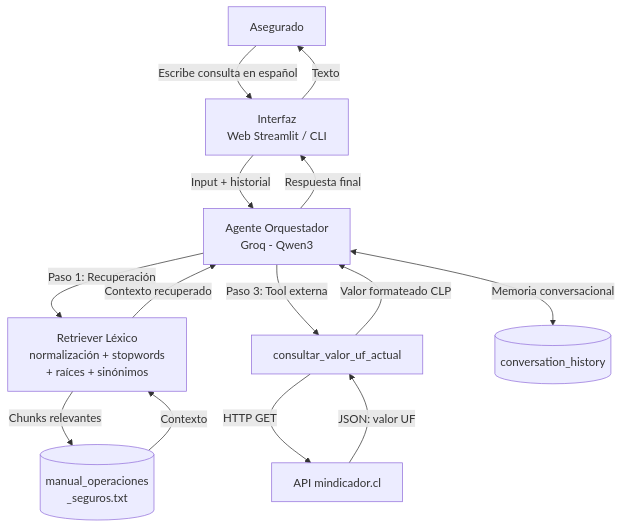
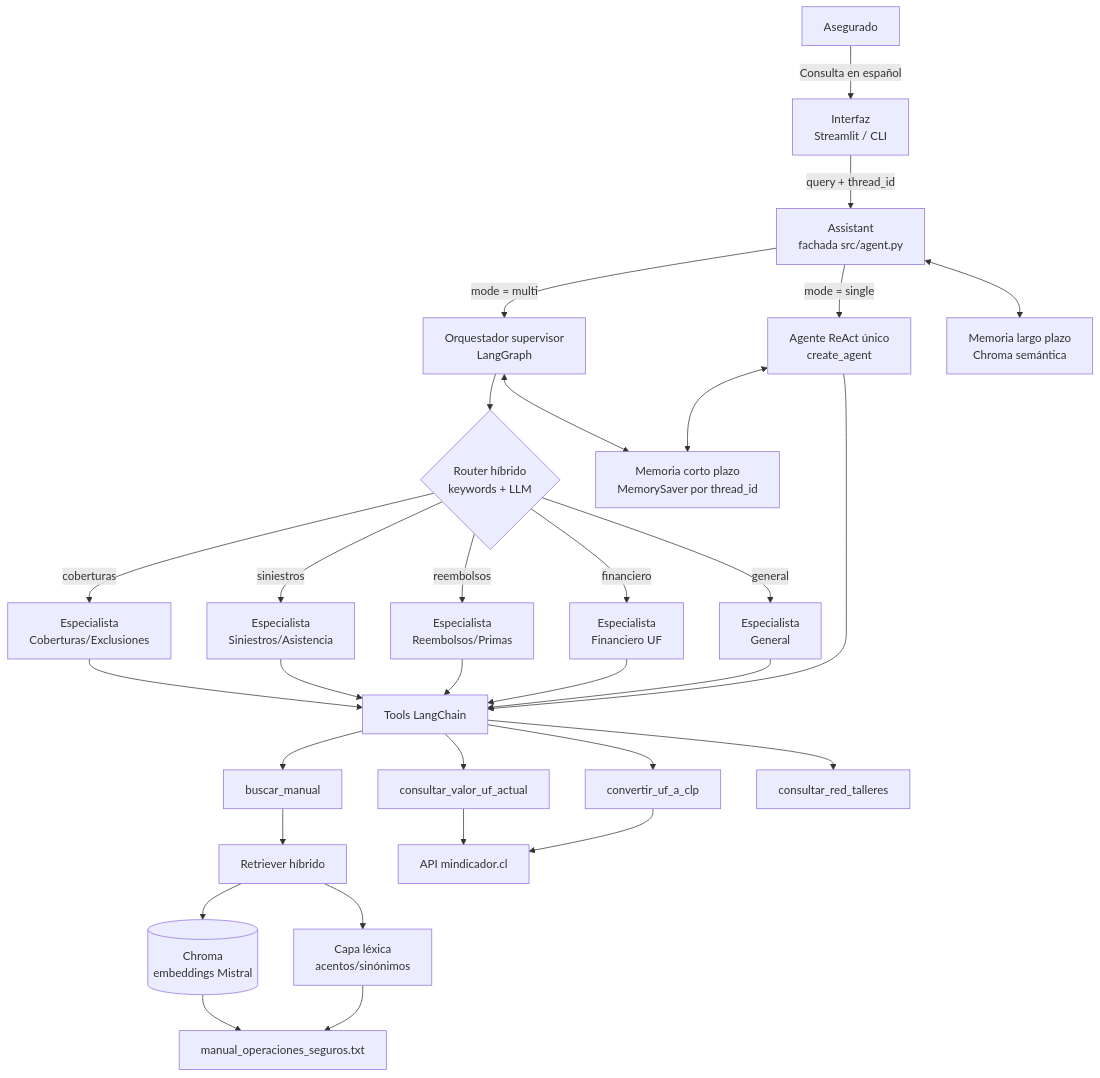
One commit to niccastillo23/ev1IA changed the first of 4 diagrams in docs/arquitectura.md. Above: the diagram before and after it, drawn with Mermaid. The commit also changed other lines of this file and 16 other files, not shown here.

First line of the commit message:
feat: RAG con embeddings y orquestacion multi-agente con memoria

````diff
--- a/docs/arquitectura.md
+++ b/docs/arquitectura.md
@@ -5,21 +9,36 @@
 ```mermaid
 flowchart TD
-    A[Asegurado] -->|Escribe consulta en español| B[Interfaz<br/>Web Streamlit / CLI]
-    B -->|Input + historial| C[Agente Orquestador<br/>Groq - Qwen3]
+    A[Asegurado] -->|Consulta en español| B[Interfaz<br/>Streamlit / CLI]
+    B -->|query + thread_id| C[Assistant<br/>fachada src/agent.py]
 
-    C -->|Paso 1: Recuperación| D[Retriever Léxico<br/>normalización + stopwords<br/>+ raíces + sinónimos]
-    C -->|Paso 3: Tool externa| E[consultar_valor_uf_actual]
+    C -->|mode = multi| D[Orquestador supervisor<br/>LangGraph]
+    C -->|mode = single| E[Agente ReAct único<br/>create_agent]
 
-    D -->|Chunks relevantes| F[(manual_operaciones<br/>_seguros.txt)]
-    F -->|Contexto| D
-    D -->|Contexto recuperado| C
+    D --> F{Router híbrido<br/>keywords + LLM}
+    F -->|coberturas| G[Especialista<br/>Coberturas/Exclusiones]
+    F -->|siniestros| H[Especialista<br/>Siniestros/Asistencia]
+    F -->|reembolsos| I[Especialista<br/>Reembolsos/Primas]
+    F -->|financiero| J[Especialista<br/>Financiero UF]
+    F -->|general| K[Especialista<br/>General]
 
-    E -->|HTTP GET| G[API mindicador.cl]
-    G -->|JSON: valor UF| E
-    E -->|Valor formateado CLP| C
+    G & H & I & J & K --> L[Tools LangChain]
+    E --> L
 
-    C -->|Respuesta final| B
-    B -->|Texto| A
+    L --> M[buscar_manual]
+    L --> N[consultar_valor_uf_actual]
+    L --> O[convertir_uf_a_clp]
+    L --> P[consultar_red_talleres]
 
-    C <-->|Memoria conversacional| H[(conversation_history)]
+    M --> Q[Retriever híbrido]
+    Q --> R[(Chroma<br/>embeddings Mistral)]
+    Q --> S[Capa léxica<br/>acentos/sinónimos]
+    R --> T[manual_operaciones_seguros.txt]
+    S --> T
+
+    N --> U[API mindicador.cl]
+    O --> U
+
+    D <--> V[Memoria corto plazo<br/>MemorySaver por thread_id]
+    E <--> V
+    C <--> W[Memoria largo plazo<br/>Chroma semántica]
 ```
````
